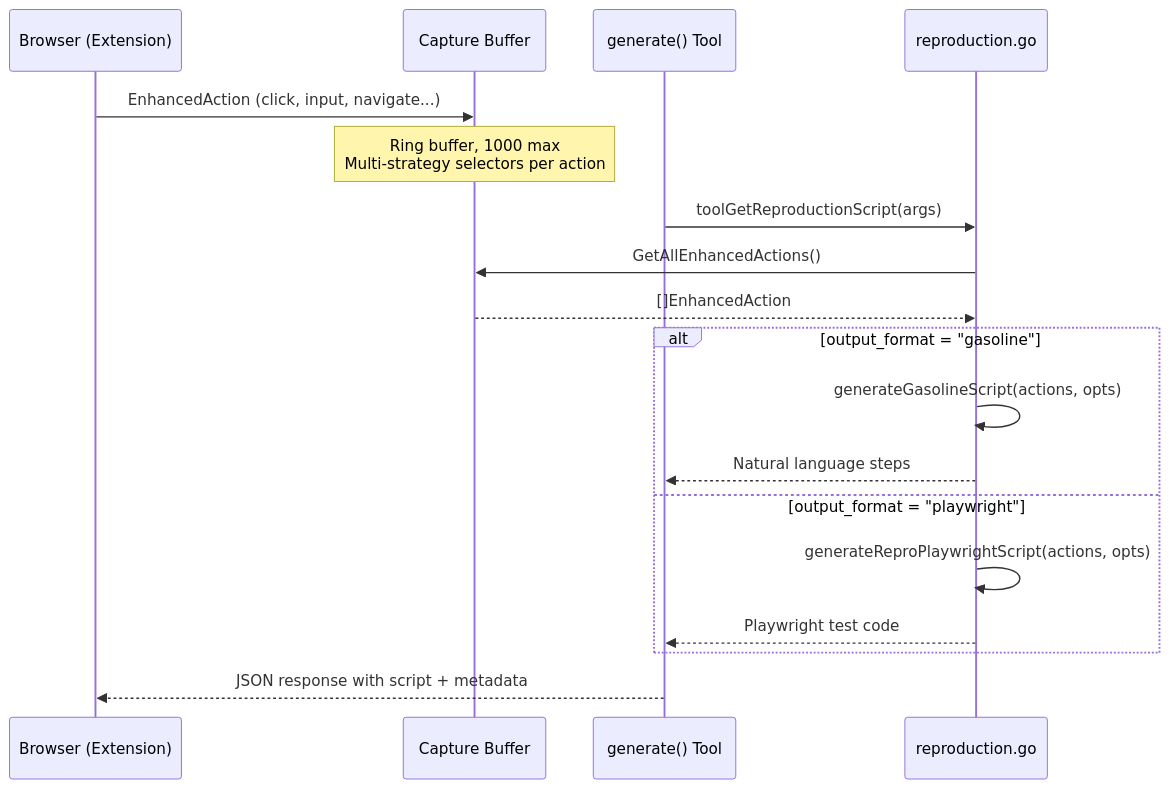
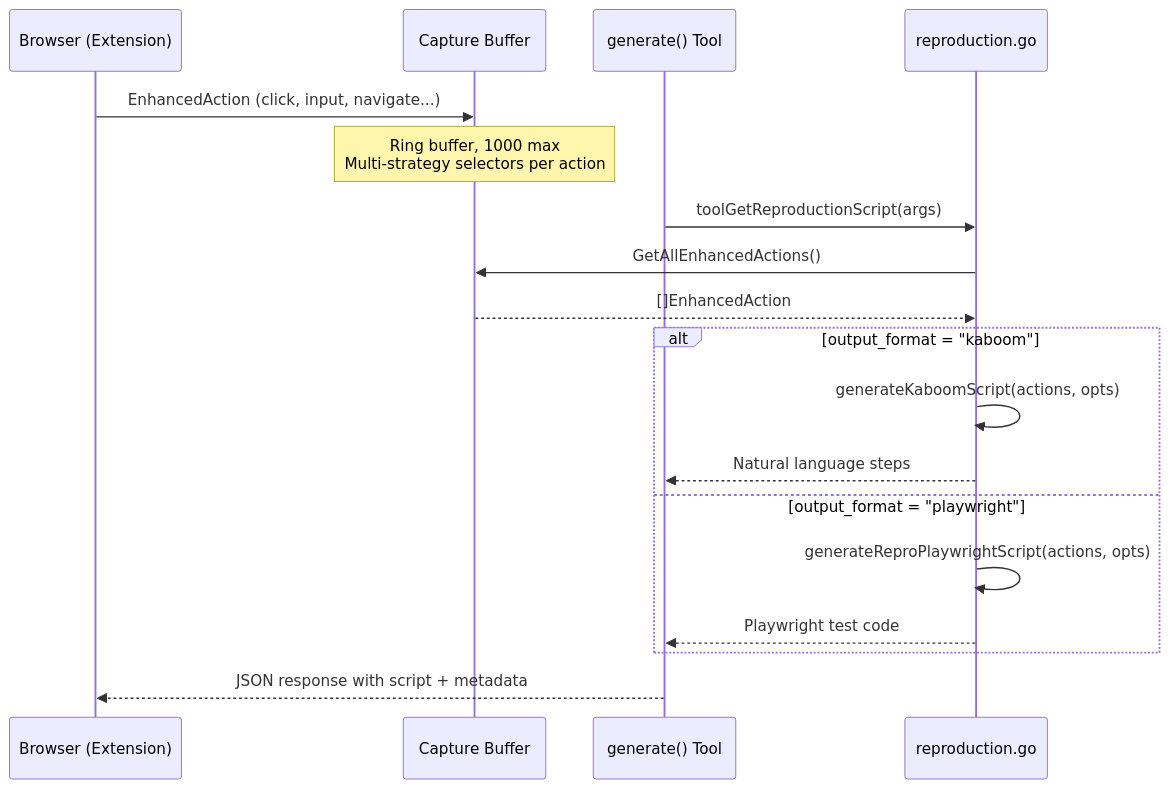
One commit to brennhill/gasoline-mcp-ai-devtools changed the diagram in docs/features/feature/reproduction-scripts/tech-spec.md. Above: the diagram before and after it, drawn with Mermaid. The commit also changed other lines of this file and 1983 other files, not shown here.

````diff
--- a/docs/features/feature/reproduction-scripts/tech-spec.md
+++ b/docs/features/feature/reproduction-scripts/tech-spec.md
@@ -26,24 +26,24 @@
 ```mermaid
 sequenceDiagram
     participant Browser as Browser (Extension)
     participant Capture as Capture Buffer
     participant Generate as generate() Tool
     participant Script as reproduction.go
 
     Browser->>Capture: EnhancedAction (click, input, navigate...)
     Note over Capture: Ring buffer, 1000 max<br/>Multi-strategy selectors per action
 
     Generate->>Script: toolGetReproductionScript(args)
     Script->>Capture: GetAllEnhancedActions()
     Capture-->>Script: []EnhancedAction
 
-    alt output_format = "gasoline"
-        Script->>Script: generateGasolineScript(actions, opts)
+    alt output_format = "kaboom"
+        Script->>Script: generateKaboomScript(actions, opts)
         Script-->>Generate: Natural language steps
     else output_format = "playwright"
         Script->>Script: generateReproPlaywrightScript(actions, opts)
         Script-->>Generate: Playwright test code
     end
 
     Generate-->>Browser: JSON response with script + metadata
 ```
````
